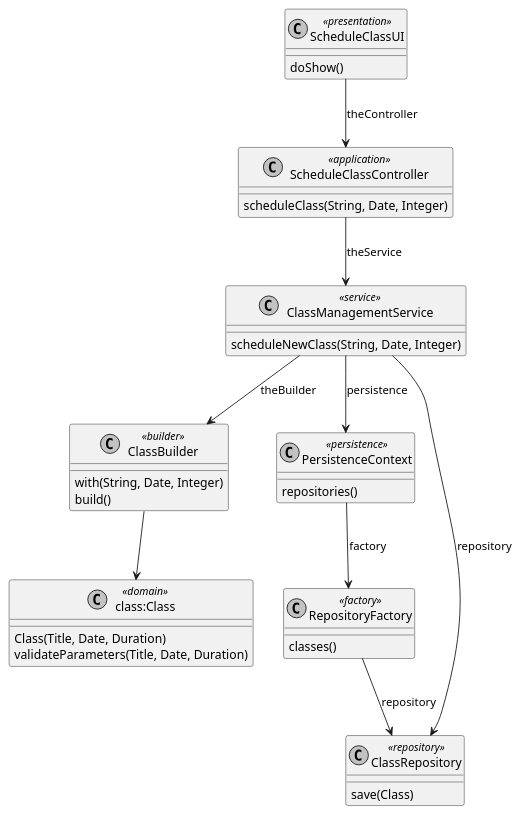
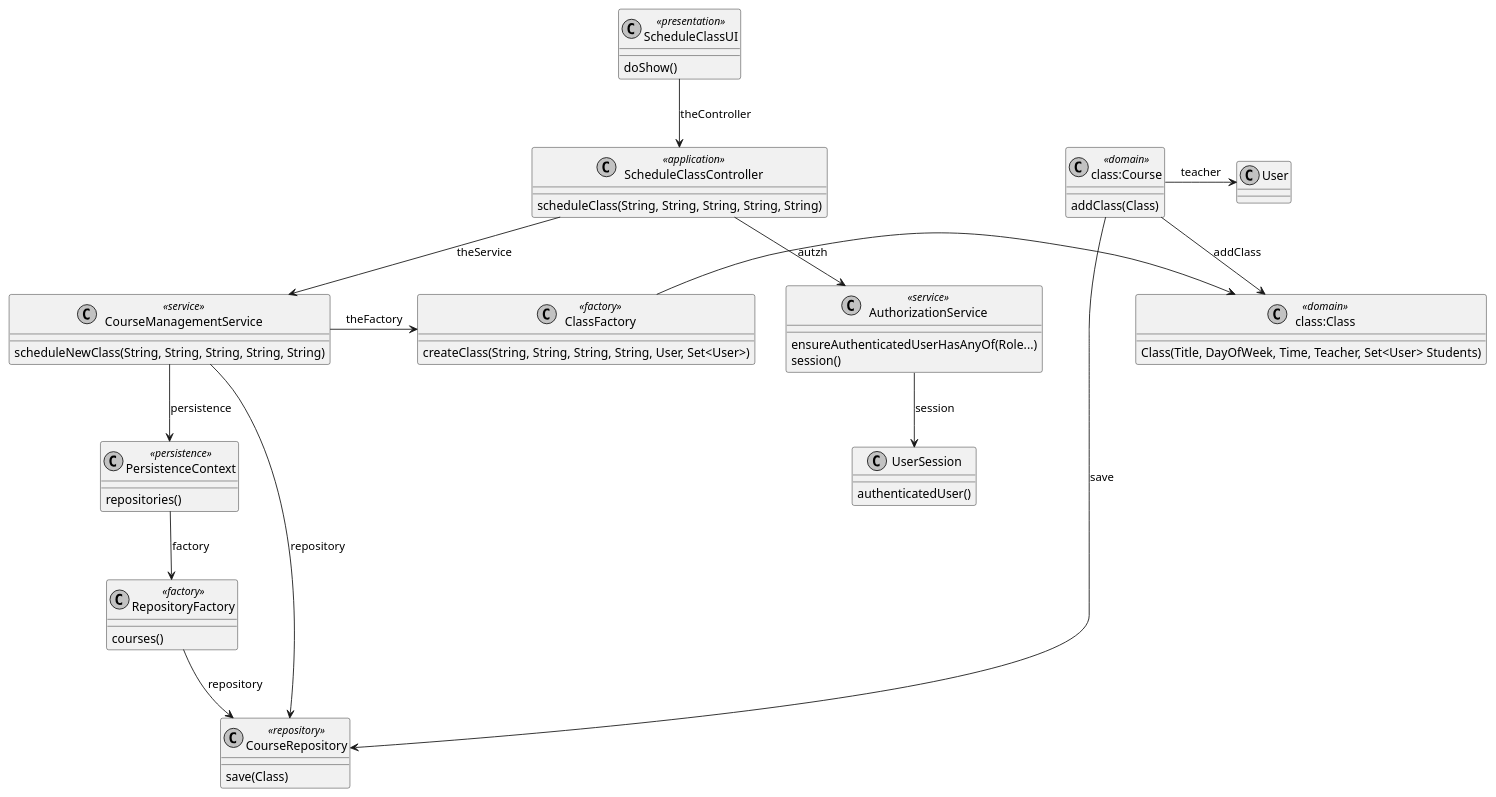
Before and after one commit to brunacosta03/sem4pi_22_23: the diagram in docs/SPRINT B/US_1010/CD/ScheduleClass-CD.puml, drawn with PlantUML. The commit also changed 5 other files, not shown here.

```diff
--- a/docs/SPRINT B/US_1010/CD/ScheduleClass-CD.puml
+++ b/docs/SPRINT B/US_1010/CD/ScheduleClass-CD.puml
@@ -1,46 +1,66 @@
 @startuml
 
 skinparam monochrome true
 skinparam packageStyle rect
 skinparam defaultFontName FG Virgil
 skinparam shadowing false
 
 class ScheduleClassUI <<presentation>> {
     doShow()
 }
 class ScheduleClassController <<application>> {
-    scheduleClass(String, Date, Integer)
+    scheduleClass(String, String, String, String, String)
 }
 
-class ClassManagementService <<service>> {
-    scheduleNewClass(String, Date, Integer)
+class AuthorizationService <<service>> {
+    ensureAuthenticatedUserHasAnyOf(Role...)
+    session()
 }
 
-class ClassBuilder <<builder>> {
-    with(String, Date, Integer)
-    build()
+class UserSession {
+    authenticatedUser()
 }
+
+class CourseManagementService <<service>> {
+    scheduleNewClass(String, String, String, String, String)
+}
+
+class "class:Course" <<domain>> {
+    addClass(Class)
+}
+
+class ClassFactory <<factory>> {
+    createClass(String, String, String, String, User, Set<User>)
+}
+
 class "class:Class" <<domain>> {
-    Class(Title, Date, Duration)
-    validateParameters(Title, Date, Duration)
+    Class(Title, DayOfWeek, Time, Teacher, Set<User> Students)
 }
+
 class PersistenceContext <<persistence>> {
     repositories()
 }
+
 class RepositoryFactory <<factory>> {
-    classes()
+    courses()
 }
-class ClassRepository <<repository>> {
+
+class CourseRepository <<repository>> {
     save(Class)
 }
 
 ScheduleClassUI --> ScheduleClassController : theController
-ScheduleClassController --> ClassManagementService : theService
-ClassManagementService --> ClassBuilder : theBuilder
-ClassBuilder --> "class:Class"
-ClassManagementService --> PersistenceContext : persistence
+ScheduleClassController --> CourseManagementService : theService
+ScheduleClassController --> AuthorizationService : autzh
+AuthorizationService --> UserSession : session
+CourseManagementService -> ClassFactory : theFactory
+ClassFactory -> "class:Class"
+CourseManagementService --> PersistenceContext : persistence
 PersistenceContext --> RepositoryFactory : factory
-RepositoryFactory --> ClassRepository : repository
-ClassManagementService --> ClassRepository : repository
+RepositoryFactory --> CourseRepository : repository
+CourseManagementService --> CourseRepository : repository
+"class:Course" --> "class:Class" : addClass
+"class:Course" -> User : teacher
+"class:Course" -> CourseRepository : save
 
 @enduml
```
